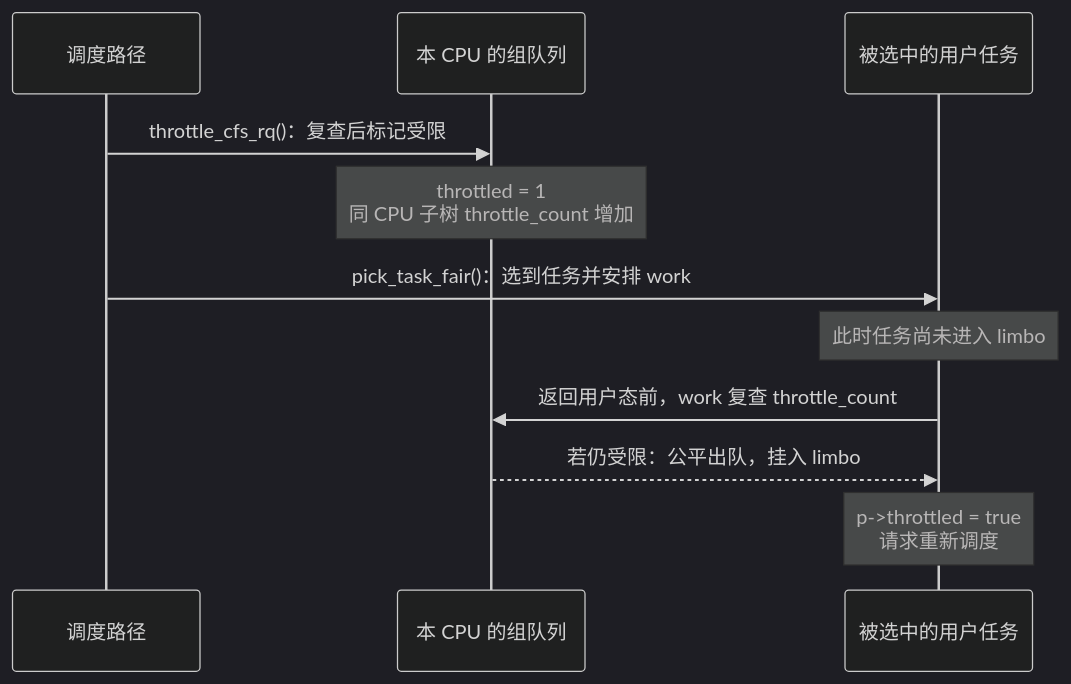
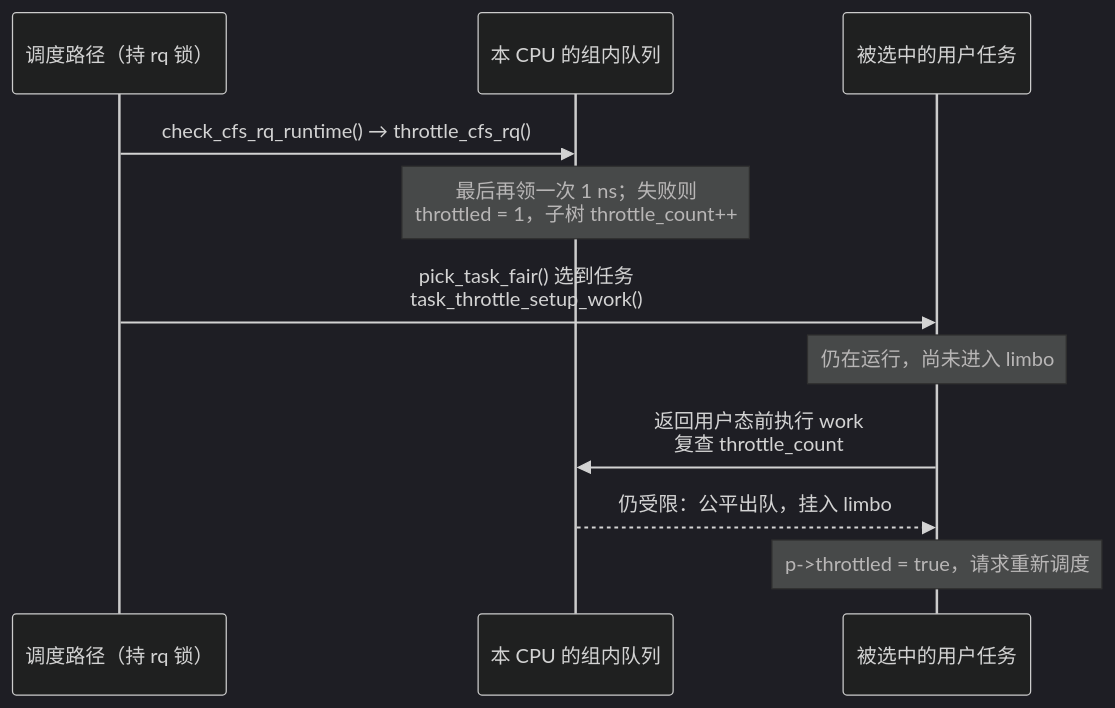
One commit to linuxperf/linux-study changed the sixth of 7 diagrams in interview/sched/cgroup2.md. Above: the diagram before and after it, drawn with Mermaid (dark theme). The commit also changed other lines of this file and 4 other files, not shown here.

````diff
--- a/interview/sched/cgroup2.md
+++ b/interview/sched/cgroup2.md
@@ -1330,13 +779,13 @@
 ```mermaid
 sequenceDiagram
-    participant S as 调度路径
-    participant Q as 本 CPU 的组队列
+    participant S as 调度路径（持 rq 锁）
+    participant Q as 本 CPU 的组内队列
     participant P as 被选中的用户任务
-    S->>Q: throttle_cfs_rq()：复查后标记受限
-    Note over Q: throttled = 1<br/>同 CPU 子树 throttle_count 增加
-    S->>P: pick_task_fair()：选到任务并安排 work
-    Note over P: 此时任务尚未进入 limbo
-    P->>Q: 返回用户态前，work 复查 throttle_count
-    Q-->>P: 若仍受限：公平出队，挂入 limbo
-    Note over P: p->throttled = true<br/>请求重新调度
+    S->>Q: check_cfs_rq_runtime() → throttle_cfs_rq()
+    Note over Q: 最后再领一次 1 ns；失败则<br/>throttled = 1，子树 throttle_count++
+    S->>P: pick_task_fair() 选到任务<br/>task_throttle_setup_work()
+    Note over P: 仍在运行，尚未进入 limbo
+    P->>Q: 返回用户态前执行 work<br/>复查 throttle_count
+    Q-->>P: 仍受限：公平出队，挂入 limbo
+    Note over P: p->throttled = true，请求重新调度
 ```
````
